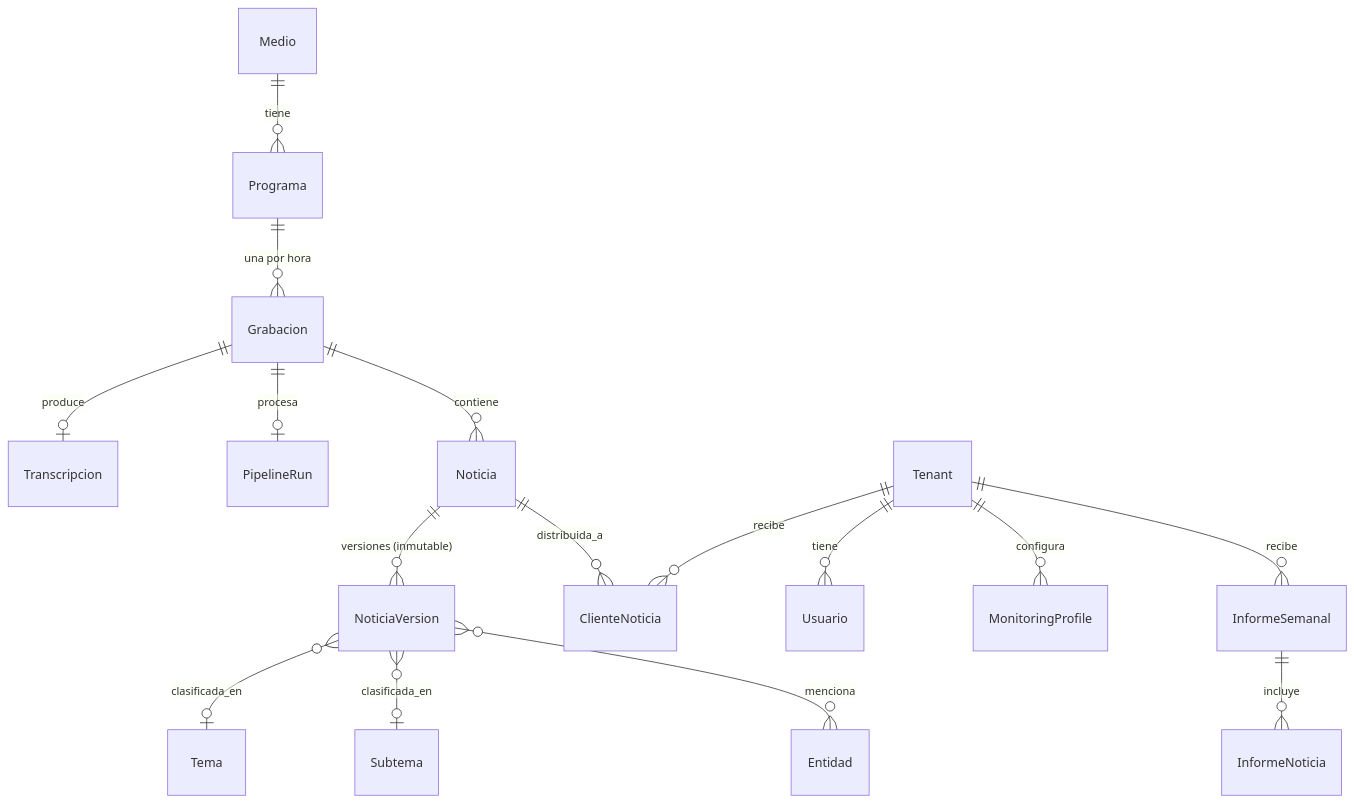
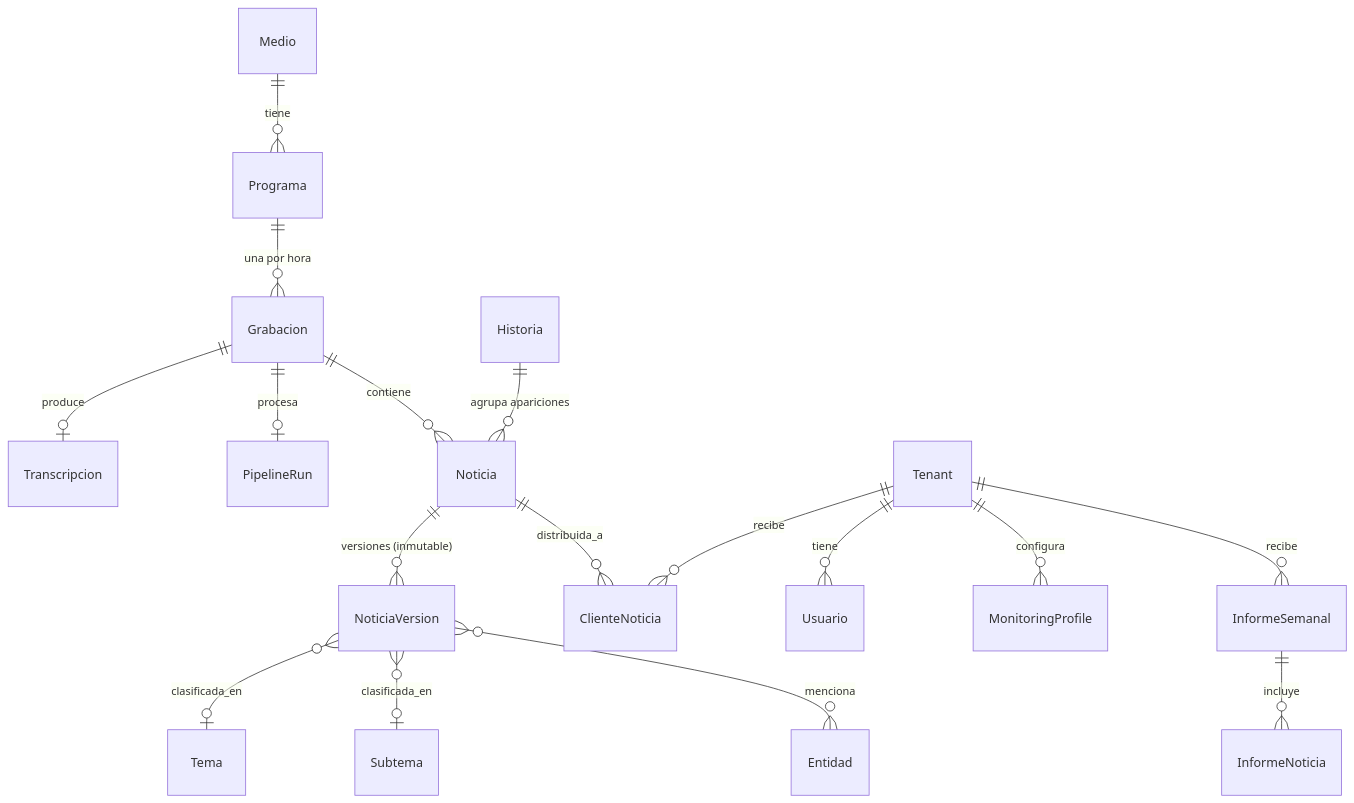
Before and after one commit to gchiham/media-intelligence-platform: the third of 3 diagrams in README.md, drawn with Mermaid. The commit also changed other lines of this file and 23 other files, not shown here.

````diff
--- a/README.md
+++ b/README.md
@@ -117,18 +117,19 @@
 ```mermaid
 erDiagram
     Medio ||--o{ Programa : tiene
     Programa ||--o{ Grabacion : "una por hora"
     Grabacion ||--o| Transcripcion : produce
     Grabacion ||--o| PipelineRun : procesa
     Grabacion ||--o{ Noticia : contiene
+    Historia ||--o{ Noticia : "agrupa apariciones"
     Noticia ||--o{ NoticiaVersion : "versiones (inmutable)"
     NoticiaVersion }o--o| Tema : clasificada_en
     NoticiaVersion }o--o| Subtema : clasificada_en
     NoticiaVersion }o--o{ Entidad : menciona
     Noticia ||--o{ ClienteNoticia : distribuida_a
     Tenant ||--o{ ClienteNoticia : recibe
     Tenant ||--o{ Usuario : tiene
     Tenant ||--o{ MonitoringProfile : configura
     Tenant ||--o{ InformeSemanal : recibe
     InformeSemanal ||--o{ InformeNoticia : incluye
 ```
````
